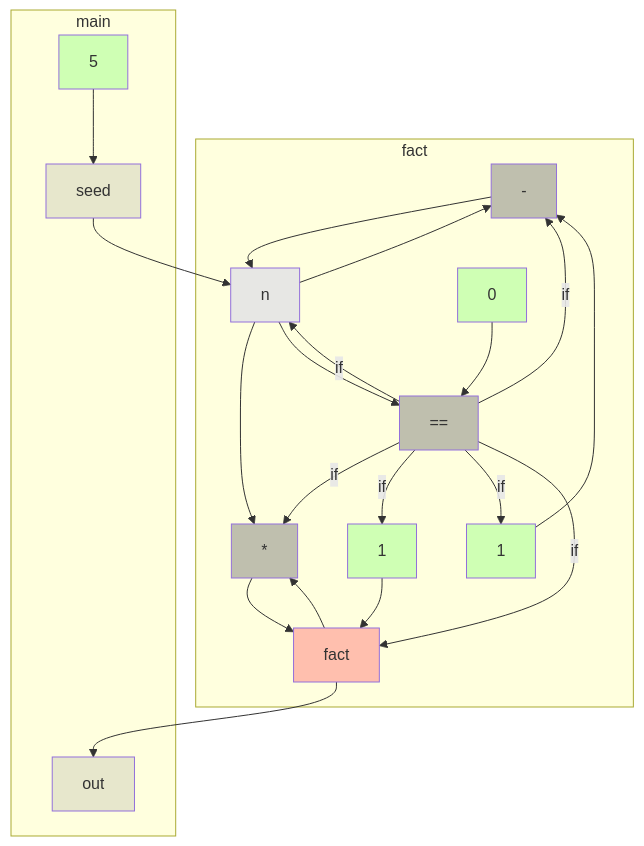
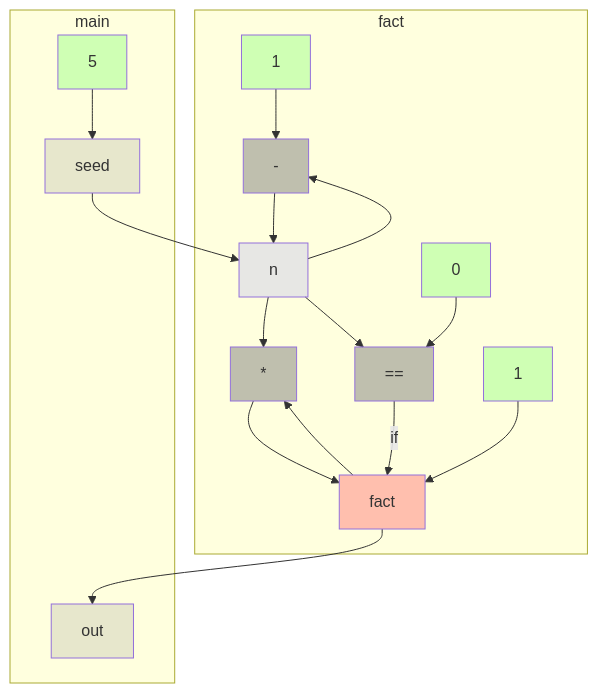
The diagram in app/src/test/resources/recursion/spike-truth.md (gstiebler/codeflow), drawn with Mermaid before and after one commit. The commit also changed 21 other files, not shown here.

````diff
--- a/app/src/test/resources/recursion/spike-truth.md
+++ b/app/src/test/resources/recursion/spike-truth.md
@@ -3,43 +3,38 @@
 ```mermaid
 flowchart TD
   subgraph m0["fact"]
     n0["*"]:::BIN_OP
     n1["-"]:::BIN_OP
     n2["=="]:::BIN_OP
     n3["n"]:::FUNC_PARAM
     n4["0"]:::LITERAL
     n5["1"]:::LITERAL
     n6["1"]:::LITERAL
     n7["fact"]:::RETURN
   end
   subgraph m1["main"]
     n8["5"]:::LITERAL
     n9["out"]:::VARIABLE
     n10["seed"]:::VARIABLE
   end
   n0 --> n7
   n1 --> n3
   n10 --> n3
-  n2 -->|if| n0
-  n2 -->|if| n1
-  n2 -->|if| n3
-  n2 -->|if| n5
-  n2 -->|if| n6
   n2 -->|if| n7
   n3 --> n0
   n3 --> n1
   n3 --> n2
   n4 --> n2
   n5 --> n7
   n6 --> n1
   n7 --> n0
   n7 --> n9
   n8 --> n10
   classDef LITERAL fill:#00FF0030
   classDef VARIABLE fill:#80808030
   classDef BIN_OP fill:#80808080
   classDef FUNC_PARAM fill:#8080FF30
   classDef RETURN fill:#FF808080
   classDef EXTERNAL fill:#FFA50040
   classDef UNMODELLED fill:#FF000030,stroke-dasharray: 4 2
 ```
````
